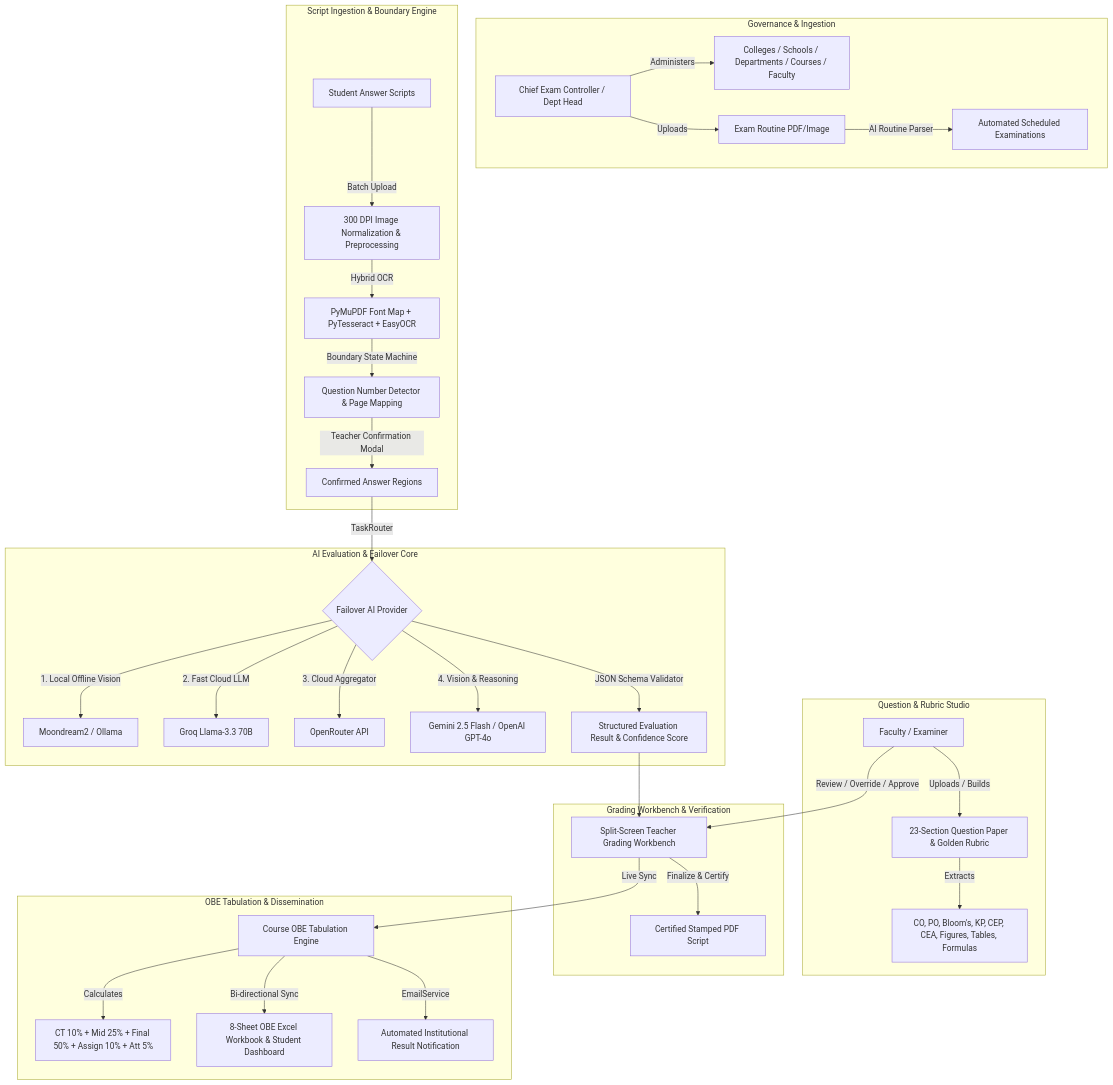
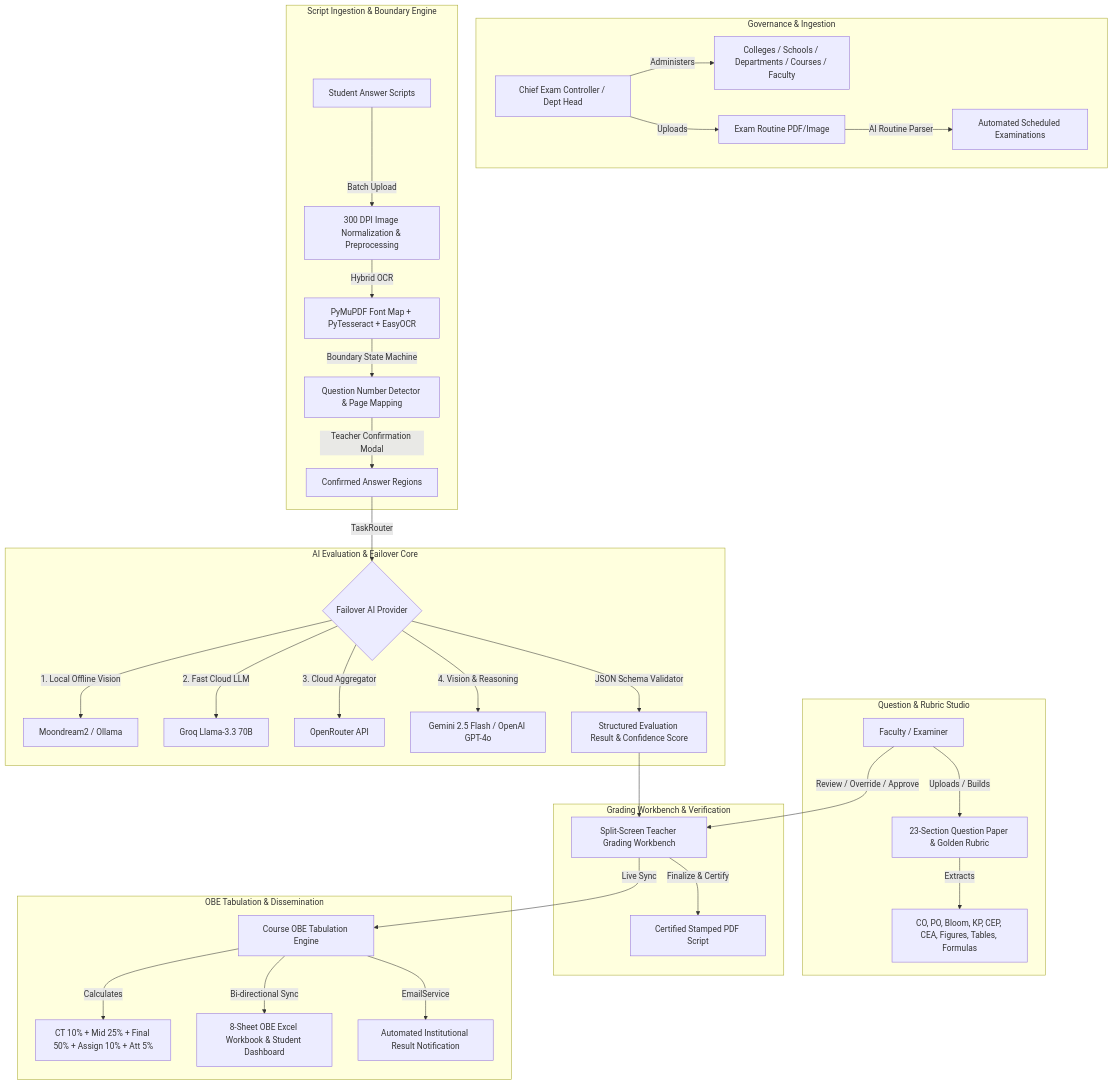
Before and after one commit to hijbullahx/IntelliGrade: the diagram in docs/00-project-management/01-project-proposal.md, drawn with Mermaid. The commit also changed other lines of this file and 9 other files, not shown here.

Commit message:
docs: initialize comprehensive project documentation, including system architecture, business rules, and technical requirements

````diff
--- a/docs/00-project-management/01-project-proposal.md
+++ b/docs/00-project-management/01-project-proposal.md
@@ -33,42 +33,42 @@
 ```mermaid
 graph TD
     subgraph Governance & Ingestion
         A[Chief Exam Controller / Dept Head] -->|Administers| B[Colleges / Schools / Departments / Courses / Faculty]
         A -->|Uploads| C[Exam Routine PDF/Image]
         C -->|AI Routine Parser| D[Automated Scheduled Examinations]
     end
 
     subgraph Question & Rubric Studio
         E[Faculty / Examiner] -->|Uploads / Builds| F[23-Section Question Paper & Golden Rubric]
-        F -->|Extracts| G[CO, PO, Bloom's, KP, CEP, CEA, Figures, Tables, Formulas]
+        F -->|Extracts| G[CO, PO, Bloom, KP, CEP, CEA, Figures, Tables, Formulas]
     end
 
     subgraph Script Ingestion & Boundary Engine
         H[Student Answer Scripts] -->|Batch Upload| I[300 DPI Image Normalization & Preprocessing]
         I -->|Hybrid OCR| J[PyMuPDF Font Map + PyTesseract + EasyOCR]
         J -->|Boundary State Machine| K[Question Number Detector & Page Mapping]
         K -->|Teacher Confirmation Modal| L[Confirmed Answer Regions]
     end
 
     subgraph AI Evaluation & Failover Core
         L -->|TaskRouter| M{Failover AI Provider}
         M -->|1. Local Offline Vision| N1[Moondream2 / Ollama]
         M -->|2. Fast Cloud LLM| N2[Groq Llama-3.3 70B]
         M -->|3. Cloud Aggregator| N3[OpenRouter API]
         M -->|4. Vision & Reasoning| N4[Gemini 2.5 Flash / OpenAI GPT-4o]
         M -->|JSON Schema Validator| O[Structured Evaluation Result & Confidence Score]
     end
 
     subgraph Grading Workbench & Verification
         O --> P[Split-Screen Teacher Grading Workbench]
         E -->|Review / Override / Approve| P
         P -->|Finalize & Certify| Q[Certified Stamped PDF Script]
     end
 
     subgraph OBE Tabulation & Dissemination
         P -->|Live Sync| R[Course OBE Tabulation Engine]
         R -->|Calculates| S[CT 10% + Mid 25% + Final 50% + Assign 10% + Att 5%]
         R -->|Bi-directional Sync| T[8-Sheet OBE Excel Workbook & Student Dashboard]
         R -->|EmailService| U[Automated Institutional Result Notification]
     end
 ```
````
